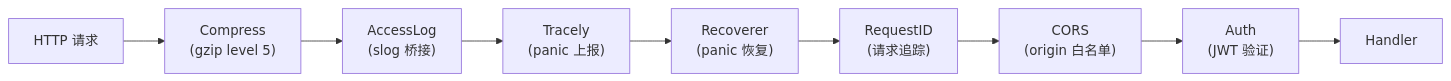
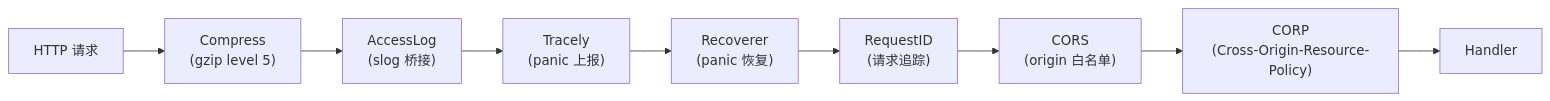
One commit to MambaOutZY/songloft-gemini changed the third of 8 diagrams in docs/repowiki/系统架构设计.md. Above: the diagram before and after it, drawn with Mermaid. The commit also changed other lines of this file and 29 other files, not shown here.

````diff
--- a/docs/repowiki/系统架构设计.md
+++ b/docs/repowiki/系统架构设计.md
@@ -237,11 +237,11 @@
 ```mermaid
 graph LR
     REQ["HTTP 请求"] --> COMPRESS["Compress<br/>(gzip level 5)"]
     COMPRESS --> ACCESSLOG["AccessLog<br/>(slog 桥接)"]
     ACCESSLOG --> TRACELY["Tracely<br/>(panic 上报)"]
     TRACELY --> RECOVERER["Recoverer<br/>(panic 恢复)"]
     RECOVERER --> REQUESTID["RequestID<br/>(请求追踪)"]
     REQUESTID --> CORS["CORS<br/>(origin 白名单)"]
-    CORS --> AUTH["Auth<br/>(JWT 验证)"]
-    AUTH --> HANDLER["Handler"]
+    CORS --> CORP["CORP<br/>(Cross-Origin-Resource-Policy)"]
+    CORP --> HANDLER["Handler"]
 ```
````
